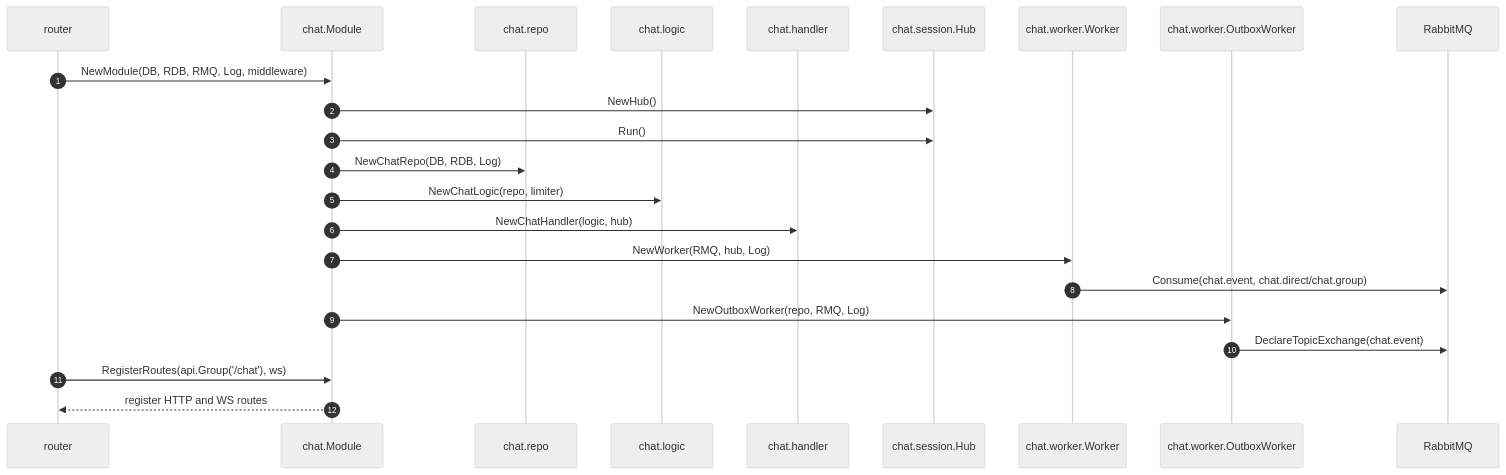
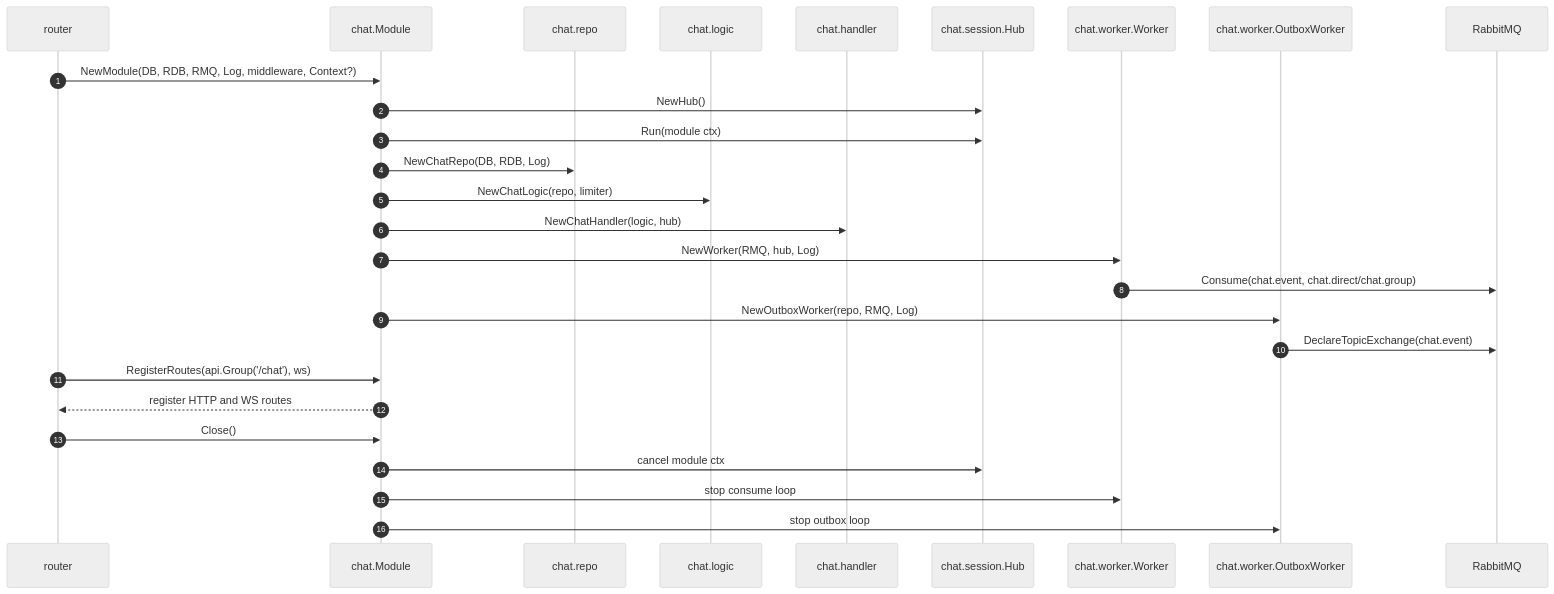
Before and after one commit to Goblin-Master/nurture: the first of 7 diagrams in internal/chat/doc/README.md, drawn with Mermaid (neutral theme). The commit also changed 4 other files, not shown here.

````diff
--- a/internal/chat/doc/README.md
+++ b/internal/chat/doc/README.md
@@ -7,26 +7,30 @@
 ```mermaid
 sequenceDiagram
   autonumber
   participant Router as router
   participant Module as chat.Module
   participant Repo as chat.repo
   participant Logic as chat.logic
   participant Handler as chat.handler
   participant Hub as chat.session.Hub
   participant Consumer as chat.worker.Worker
   participant Outbox as chat.worker.OutboxWorker
   participant MQ as RabbitMQ
 
-  Router->>Module: NewModule(DB, RDB, RMQ, Log, middleware)
+  Router->>Module: NewModule(DB, RDB, RMQ, Log, middleware, Context?)
   Module->>Hub: NewHub()
-  Module->>Hub: Run()
+  Module->>Hub: Run(module ctx)
   Module->>Repo: NewChatRepo(DB, RDB, Log)
   Module->>Logic: NewChatLogic(repo, limiter)
   Module->>Handler: NewChatHandler(logic, hub)
   Module->>Consumer: NewWorker(RMQ, hub, Log)
   Consumer->>MQ: Consume(chat.event, chat.direct/chat.group)
   Module->>Outbox: NewOutboxWorker(repo, RMQ, Log)
   Outbox->>MQ: DeclareTopicExchange(chat.event)
   Router->>Module: RegisterRoutes(api.Group('/chat'), ws)
   Module-->>Router: register HTTP and WS routes
+  Router->>Module: Close()
+  Module->>Hub: cancel module ctx
+  Module->>Consumer: stop consume loop
+  Module->>Outbox: stop outbox loop
 ```
````
